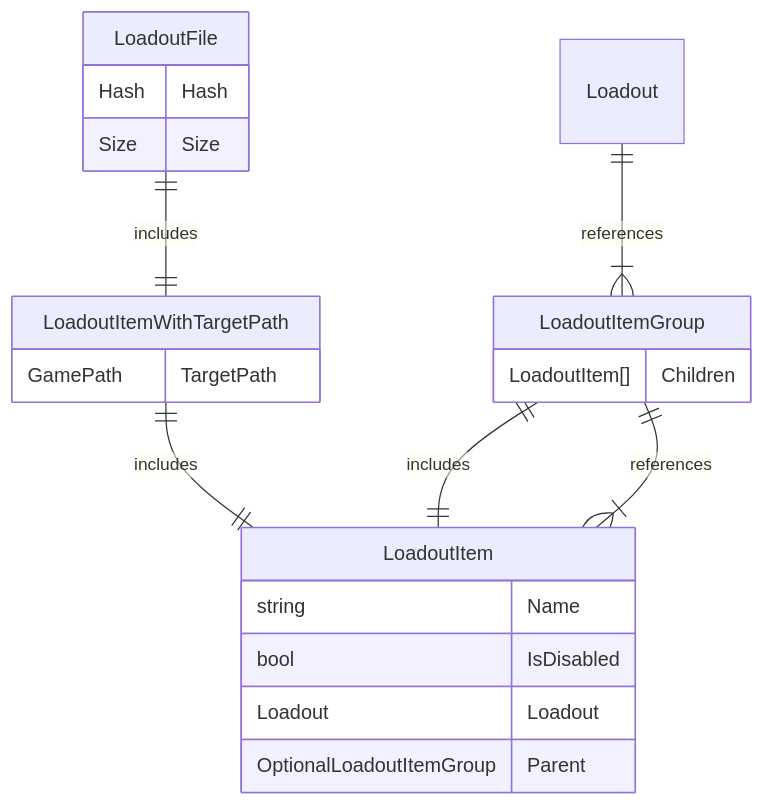
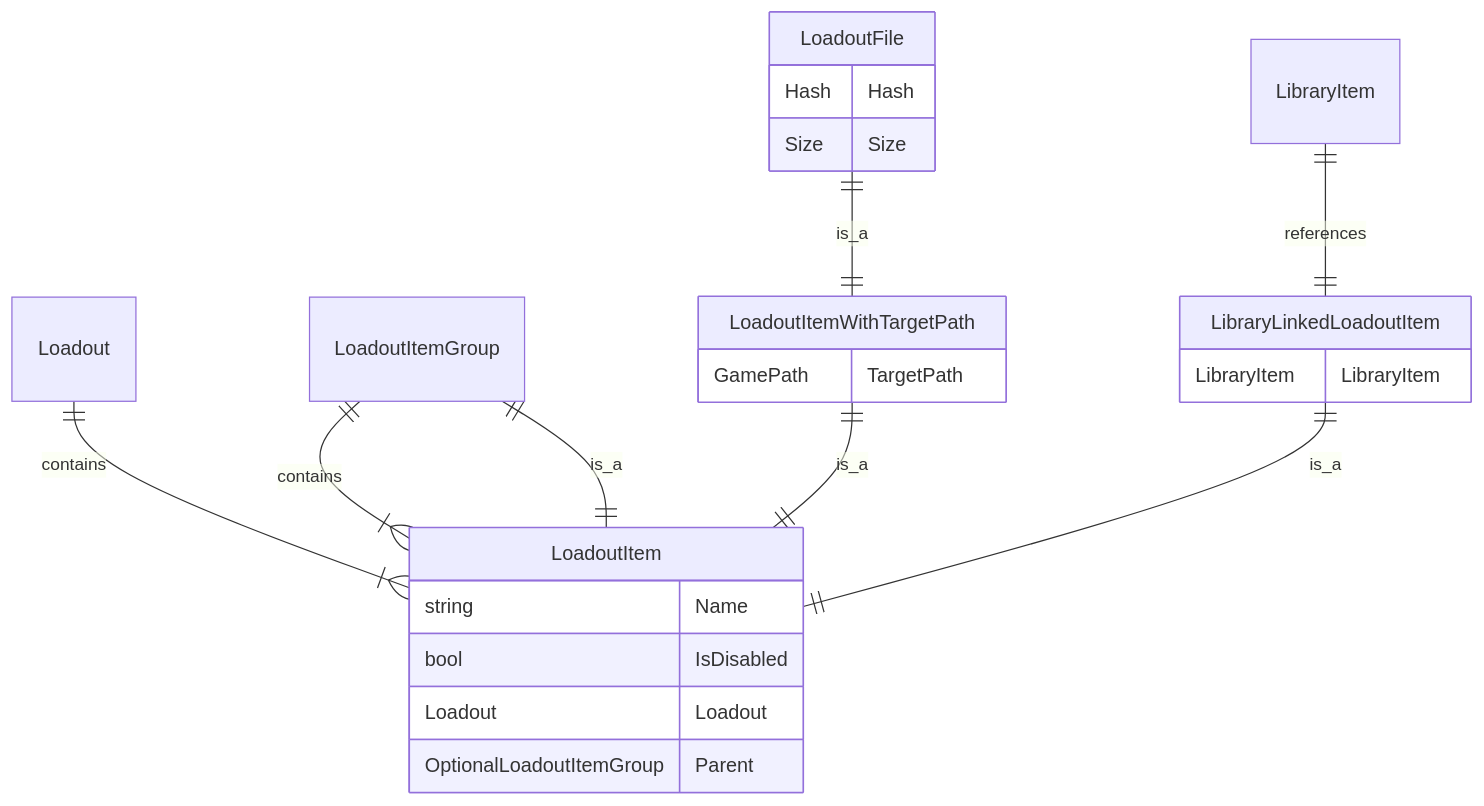
One commit to Nexus-Mods/NexusMods.App changed the first of 4 diagrams in docs/developers/decisions/backend/0017-garbage-collector-design.md. Above: the diagram before and after it, drawn with Mermaid. The commit also changed other lines of this file and 2 other files, not shown here.

Commit message:
Added: [WIP] An explanation of library item deletion behaviour.

````diff
--- a/docs/developers/decisions/backend/0017-garbage-collector-design.md
+++ b/docs/developers/decisions/backend/0017-garbage-collector-design.md
@@ -65,32 +73,33 @@
 ```mermaid
 erDiagram
+    Loadout ||--|{ LoadoutItem : contains
+
+    LibraryLinkedLoadoutItem {
+        LibraryItem LibraryItem
+    }
+
+    LibraryItem ||--|| LibraryLinkedLoadoutItem : references
+
+    LoadoutItemGroup ||--|{ LoadoutItem : contains
+    LoadoutItemGroup ||--|| LoadoutItem : is_a
+
     LoadoutItem {
         string Name
         bool IsDisabled
         Loadout Loadout
         OptionalLoadoutItemGroup Parent
     }
 
+    LoadoutItemWithTargetPath ||--|| LoadoutItem : is_a
     LoadoutItemWithTargetPath {
         GamePath TargetPath
     }
 
-    LoadoutItemWithTargetPath ||--|| LoadoutItem : includes
-
+    LoadoutFile ||--|| LoadoutItemWithTargetPath : is_a
     LoadoutFile {
         Hash Hash
         Size Size
     }
 
-    LoadoutFile ||--|| LoadoutItemWithTargetPath : includes
-
-    LoadoutItemGroup {
-        LoadoutItem[] Children
-    }
-
-    LoadoutItemGroup ||--|| LoadoutItem : includes
-    LoadoutItemGroup ||--|{ LoadoutItem : references
-    
-    Loadout { }
-    Loadout ||--|{ LoadoutItemGroup : references
+    LibraryLinkedLoadoutItem ||--|| LoadoutItem : is_a
 ```
````
